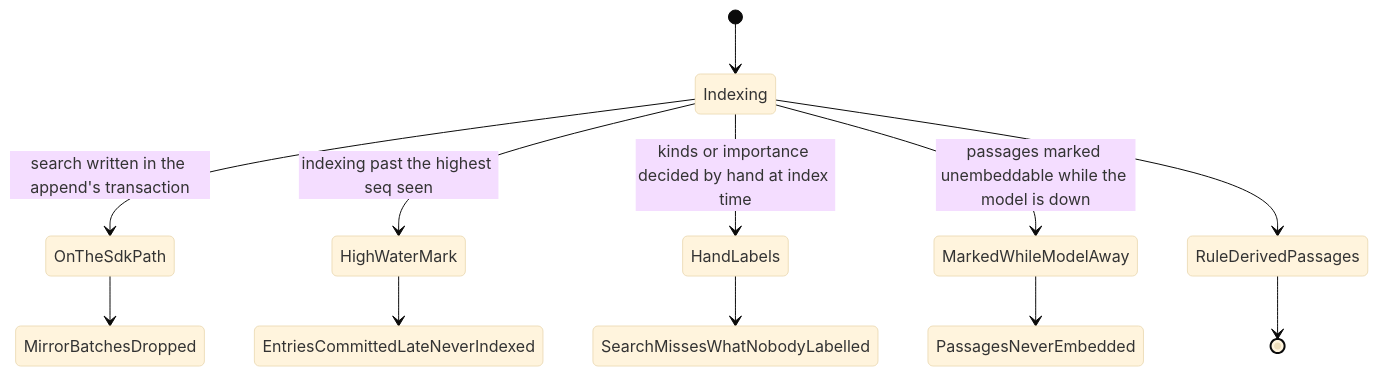
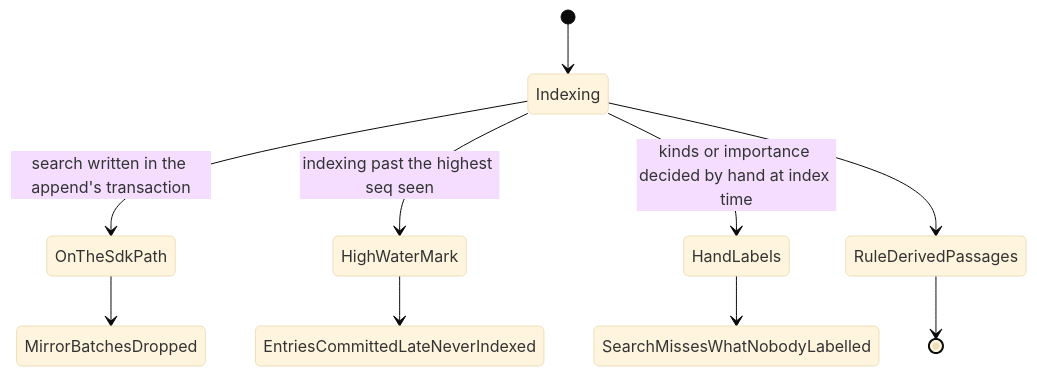
The third of 3 diagrams in src/harness/claude/search/README.md (eaucoin/alasio), drawn with Mermaid (base theme) before and after one commit. The commit also changed other lines of this file and 21 other files, not shown here.

````diff
--- a/src/harness/claude/search/README.md
+++ b/src/harness/claude/search/README.md
@@ -52,14 +45,12 @@
 ```mermaid
 stateDiagram-v2
   [*] --> Indexing
   Indexing --> OnTheSdkPath: search written in the append's transaction
   OnTheSdkPath --> MirrorBatchesDropped
   Indexing --> HighWaterMark: indexing past the highest seq seen
   HighWaterMark --> EntriesCommittedLateNeverIndexed
   Indexing --> HandLabels: kinds or importance decided by hand at index time
   HandLabels --> SearchMissesWhatNobodyLabelled
-  Indexing --> MarkedWhileModelAway: passages marked unembeddable while the model is down
-  MarkedWhileModelAway --> PassagesNeverEmbedded
   Indexing --> RuleDerivedPassages
   RuleDerivedPassages --> [*]
 ```
````
